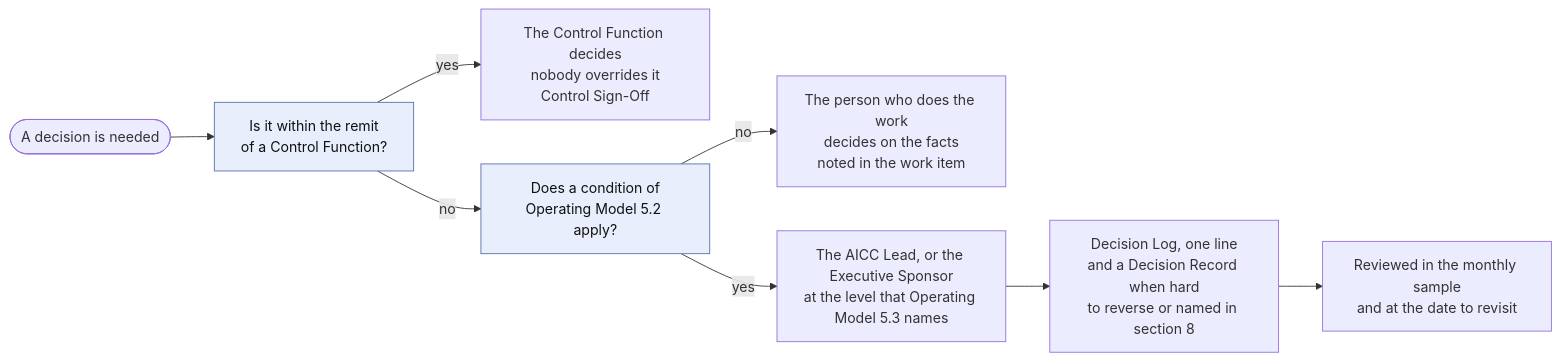
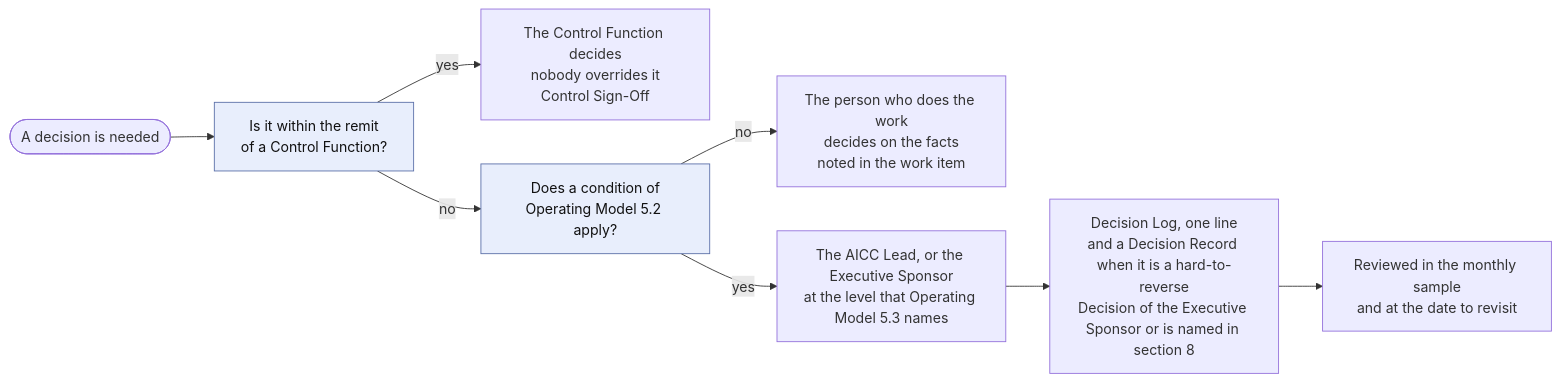
Before and after one commit to devhogu/ob-aicc: the third of 3 diagrams in charter/guides/unit-governance-guide.md, drawn with Mermaid. The commit also changed 200 other files, not shown here.

````diff
--- a/charter/guides/unit-governance-guide.md
+++ b/charter/guides/unit-governance-guide.md
@@ -77,12 +77,12 @@
 ```mermaid
 flowchart LR
   DEC(["A decision is needed"]) --> Q1["Is it within the remit<br/>of a Control Function?"]
   Q1 -->|"yes"| CFD["The Control Function decides<br/>nobody overrides it<br/>Control Sign-Off"]
   Q1 -->|"no"| Q2["Does a condition of<br/>Operating Model 5.2 apply?"]
   Q2 -->|"no"| TMD["The person who does the work<br/>decides on the facts<br/>noted in the work item"]
   Q2 -->|"yes"| LV["The AICC Lead, or the Executive Sponsor<br/>at the level that Operating Model 5.3 names"]
-  LV --> LOG["Decision Log, one line<br/>and a Decision Record when hard<br/>to reverse or named in section 8"]
+  LV --> LOG["Decision Log, one line<br/>and a Decision Record when it is a hard-to-reverse<br/>Decision of the Executive Sponsor or is named in section 8"]
   LOG --> REV["Reviewed in the monthly sample<br/>and at the date to revisit"]
   classDef gate fill:#e8eefc,stroke:#5a6fa8,color:#111
   class Q1,Q2 gate
 ```
````
